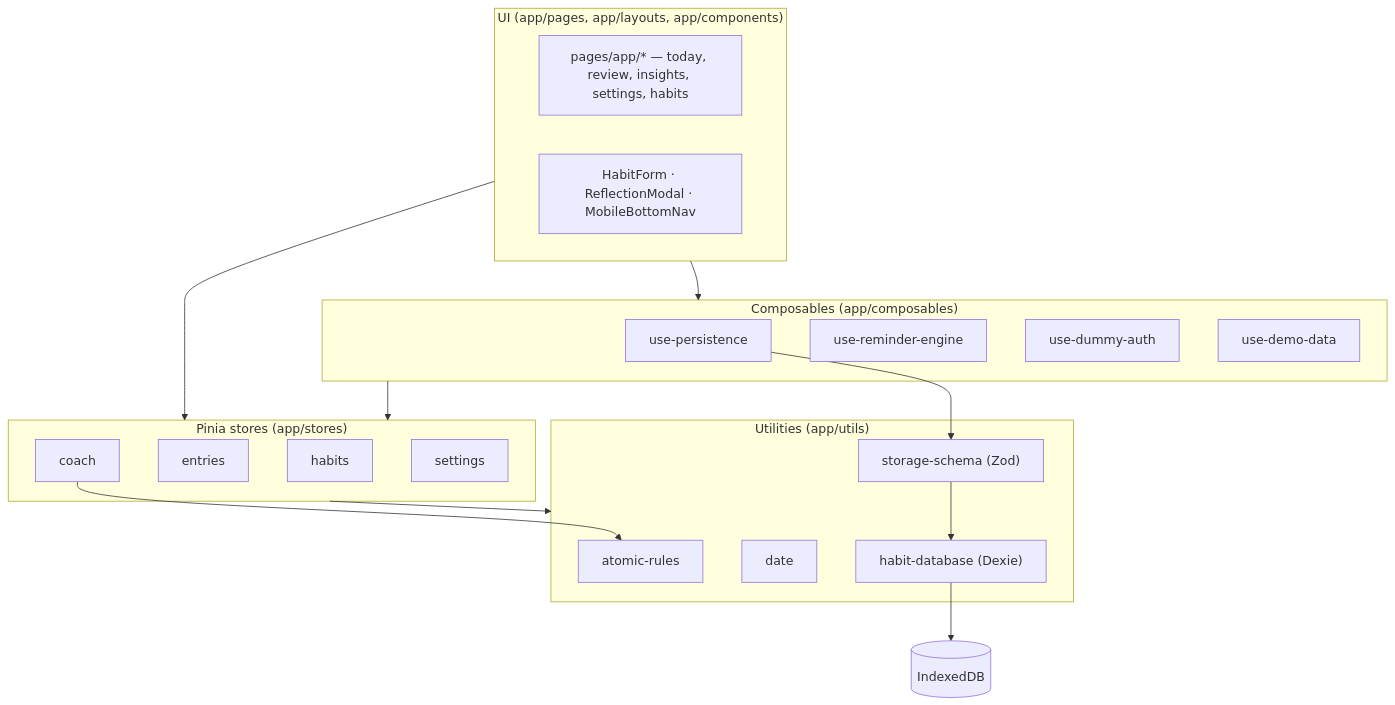
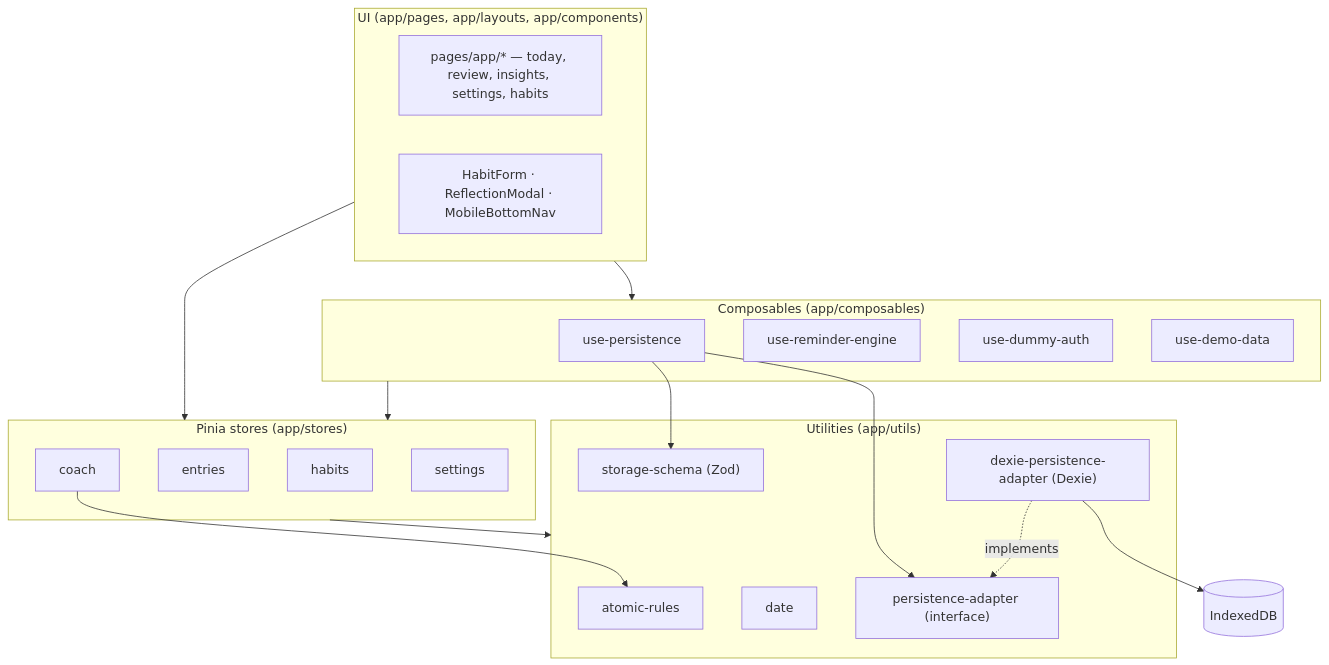
One commit to dinooo13/habit-tracker changed the first of 3 diagrams in docs/architecture.md. Above: the diagram before and after it, drawn with Mermaid. The commit also changed other lines of this file and 14 other files, not shown here.

First line of the commit message:
Abstract persistence behind a PersistenceAdapter interface

````diff
--- a/docs/architecture.md
+++ b/docs/architecture.md
@@ -12,37 +13,41 @@
 ```mermaid
 flowchart TD
   subgraph UI["UI (app/pages, app/layouts, app/components)"]
     pages["pages/app/* — today, review, insights, settings, habits"]
     comps["HabitForm · ReflectionModal · MobileBottomNav"]
   end
 
   subgraph Stores["Pinia stores (app/stores)"]
     habits["habits"]
     entries["entries"]
     coach["coach"]
     settings["settings"]
   end
 
   subgraph Composables["Composables (app/composables)"]
     persistence["use-persistence"]
     reminders["use-reminder-engine"]
     auth["use-dummy-auth"]
     demo["use-demo-data"]
   end
 
   subgraph Utils["Utilities (app/utils)"]
     rules["atomic-rules"]
     date["date"]
     schema["storage-schema (Zod)"]
-    db["habit-database (Dexie)"]
+    adapter["persistence-adapter (interface)"]
+    dexie["dexie-persistence-adapter (Dexie)"]
   end
 
   Storage[("IndexedDB")]
 
   UI --> Stores
   UI --> Composables
   Stores --> Utils
   Composables --> Stores
-  persistence --> schema --> db --> Storage
+  persistence --> schema
+  persistence --> adapter
+  dexie -. implements .-> adapter
+  dexie --> Storage
   coach --> rules
 ```
````
